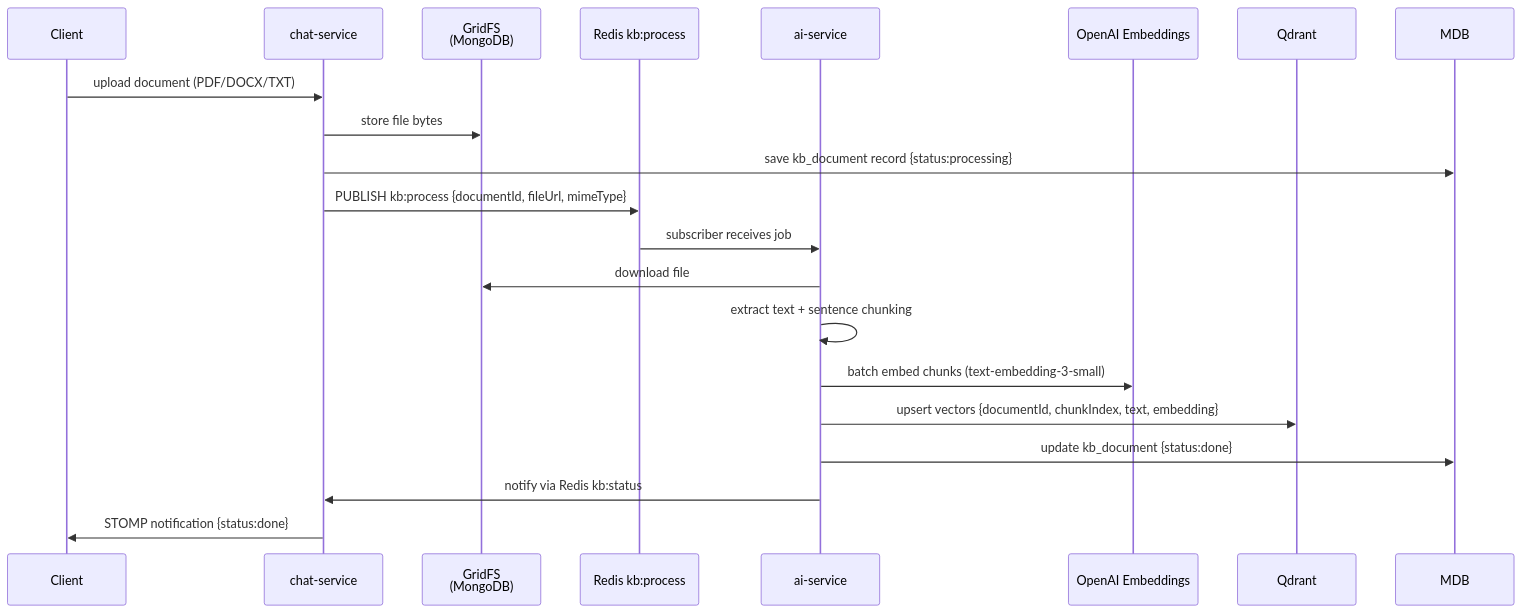
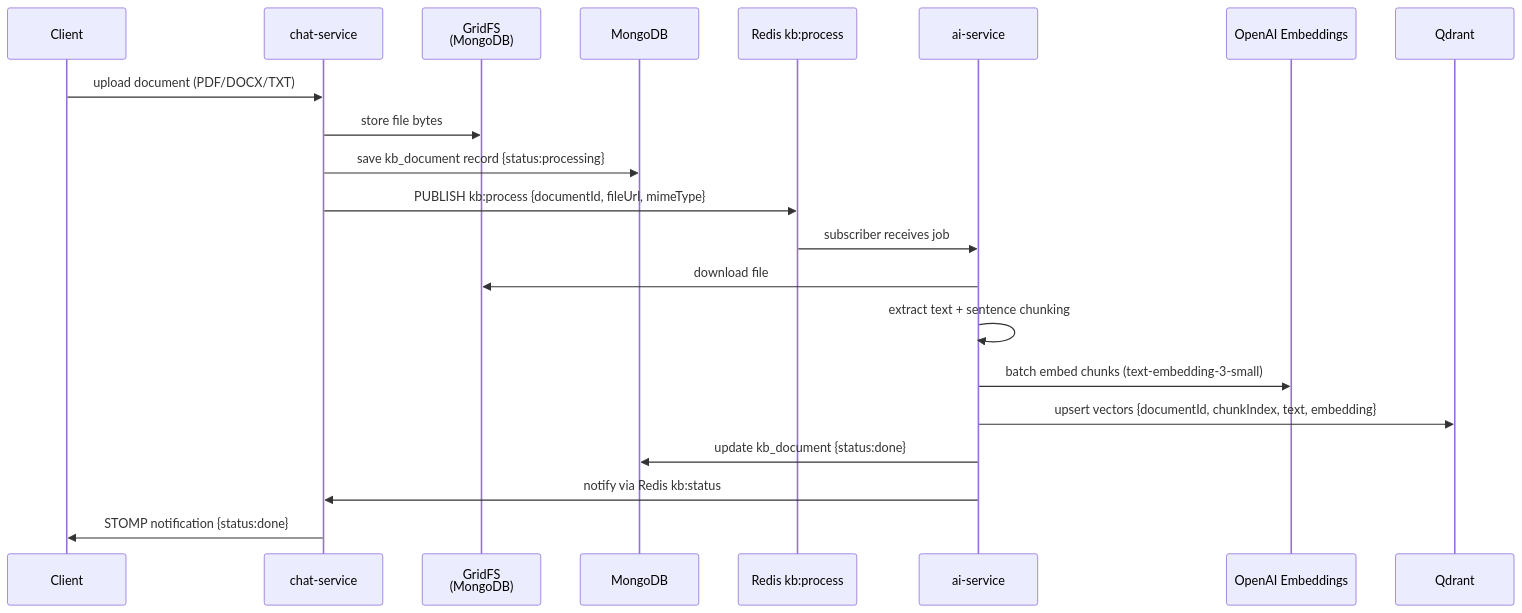
The fifth of 7 diagrams in docs/architecture.md (MITOM06/platform), drawn with Mermaid before and after one commit. The commit also changed other lines of this file, not shown here.

Commit message:
docs: fix router env var names + KB score threshold + RAG diagram participant in architecture.md

````diff
--- a/docs/architecture.md
+++ b/docs/architecture.md
@@ -182,24 +182,25 @@
 ```mermaid
 sequenceDiagram
     participant C as Client
     participant CS as chat-service
     participant GFS as GridFS<br/>(MongoDB)
+    participant MDB as MongoDB
     participant RD as Redis kb:process
     participant AI as ai-service
     participant OAI as OpenAI Embeddings
     participant QDR as Qdrant
 
     C->>CS: upload document (PDF/DOCX/TXT)
     CS->>GFS: store file bytes
     CS->>MDB: save kb_document record {status:processing}
     CS->>RD: PUBLISH kb:process {documentId, fileUrl, mimeType}
 
     RD->>AI: subscriber receives job
     AI->>GFS: download file
     AI->>AI: extract text + sentence chunking
     AI->>OAI: batch embed chunks (text-embedding-3-small)
     AI->>QDR: upsert vectors {documentId, chunkIndex, text, embedding}
     AI->>MDB: update kb_document {status:done}
     AI->>CS: notify via Redis kb:status
     CS->>C: STOMP notification {status:done}
 ```
````
